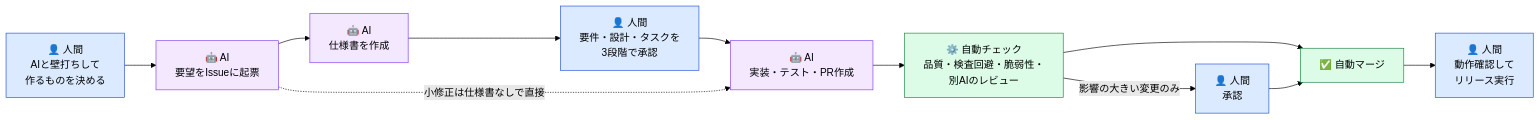
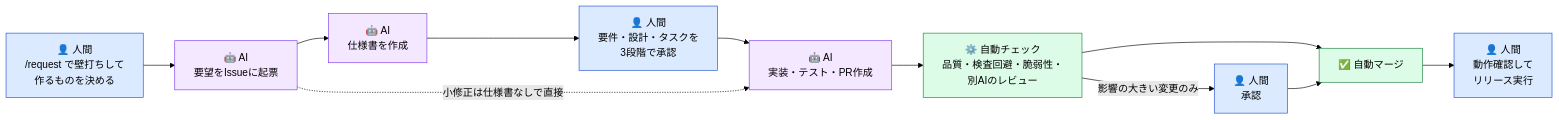
Before and after one commit to DogisRiki/KeirekiPro: the second of 2 diagrams in README.md, drawn with Mermaid (forest theme). The commit also changed other lines of this file and 4 other files, not shown here.

````diff
--- a/README.md
+++ b/README.md
@@ -305,23 +305,23 @@
 ```mermaid
 flowchart LR
-    H1["👤 人間<br/>AIと壁打ちして<br/>作るものを決める"]
+    H1["👤 人間<br/>/request で壁打ちして<br/>作るものを決める"]
     A0["🤖 AI<br/>要望をIssueに起票"]
     A1["🤖 AI<br/>仕様書を作成"]
     H2["👤 人間<br/>要件・設計・タスクを<br/>3段階で承認"]
     A2["🤖 AI<br/>実装・テスト・PR作成"]
     C1["⚙️ 自動チェック<br/>品質・検査回避・脆弱性・<br/>別AIのレビュー"]
     H4["👤 人間<br/>承認"]
     M["✅ 自動マージ"]
     H3["👤 人間<br/>動作確認して<br/>リリース実行"]
 
     H1 --> A0 --> A1 --> H2 --> A2 --> C1 --> M --> H3
     C1 -->|影響の大きい変更のみ| H4 --> M
     A0 -.小修正は仕様書なしで直接.-> A2
 
     classDef human fill:#dbeafe,stroke:#1d4ed8
     classDef ai fill:#f3e8ff,stroke:#7c3aed
     classDef auto fill:#dcfce7,stroke:#15803d
     class H1,H2,H3,H4 human
     class A0,A1,A2 ai
     class C1,M auto
 ```
````
